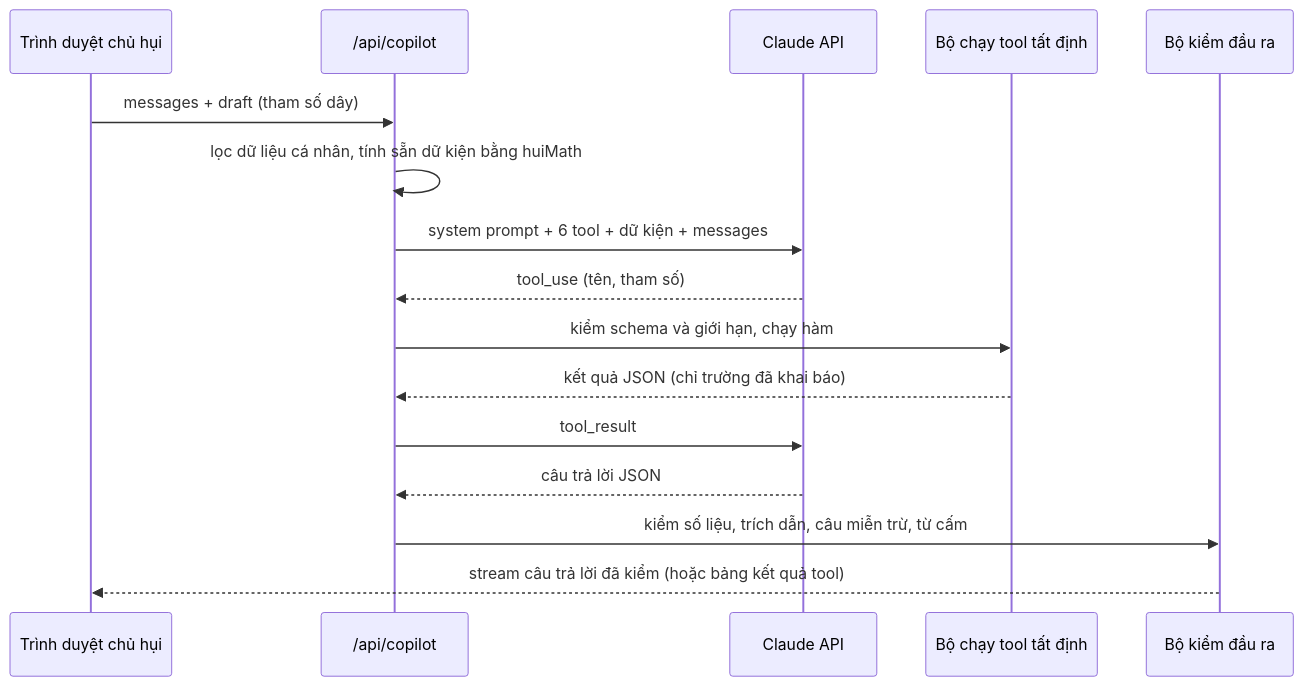
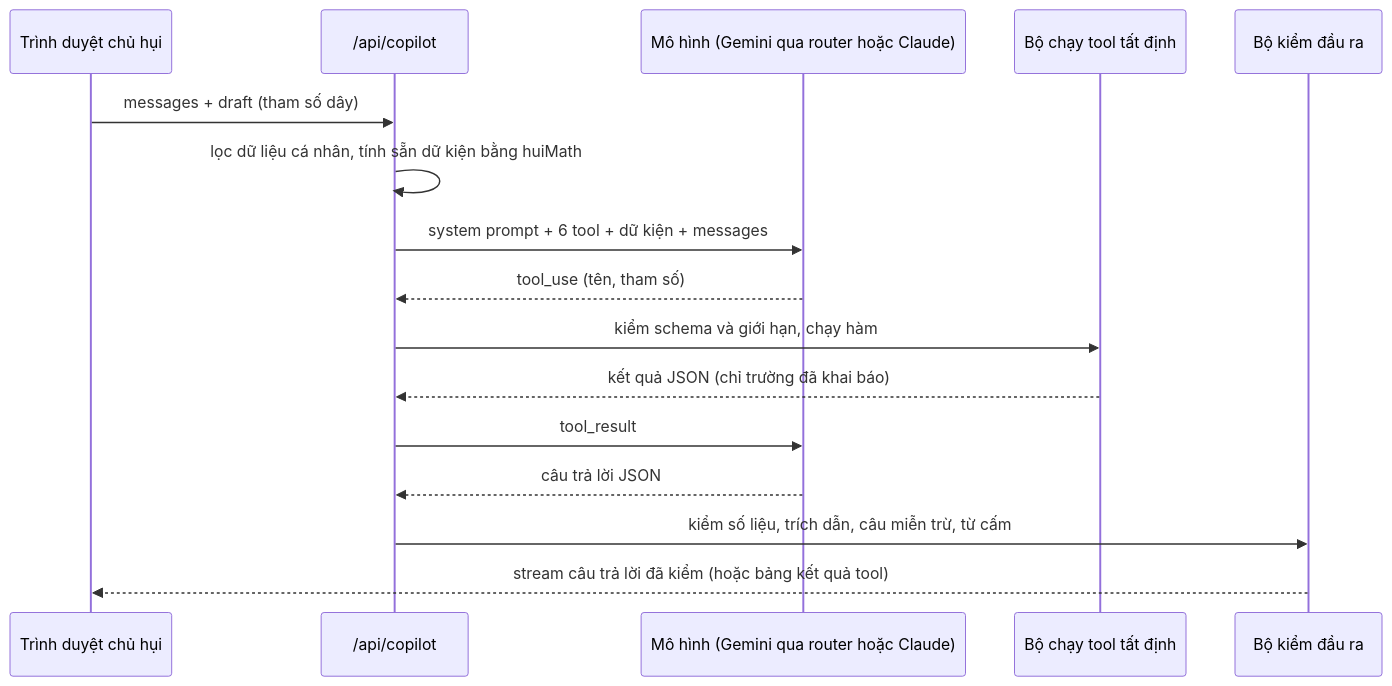
One commit to bminhnemhoi/T1VN_Unihack changed the diagram in docs/07-ai-agentic.md. Above: the diagram before and after it, drawn with Mermaid. The commit also changed other lines of this file and 23 other files, not shown here.

First line of the commit message:
feat(web): copilot provider adapter - OpenAI-compatible router (Gemini) or Anthropic, chosen by COPILOT_* env

````diff
--- a/docs/07-ai-agentic.md
+++ b/docs/07-ai-agentic.md
@@ -57,18 +57,18 @@
 ```mermaid
 sequenceDiagram
     participant U as Trình duyệt chủ hụi
     participant A as /api/copilot
-    participant M as Claude API
+    participant M as Mô hình (Gemini qua router hoặc Claude)
     participant T as Bộ chạy tool tất định
     participant V as Bộ kiểm đầu ra
     U->>A: messages + draft (tham số dây)
     A->>A: lọc dữ liệu cá nhân, tính sẵn dữ kiện bằng huiMath
     A->>M: system prompt + 6 tool + dữ kiện + messages
     M-->>A: tool_use (tên, tham số)
     A->>T: kiểm schema và giới hạn, chạy hàm
     T-->>A: kết quả JSON (chỉ trường đã khai báo)
     A->>M: tool_result
     M-->>A: câu trả lời JSON
     A->>V: kiểm số liệu, trích dẫn, câu miễn trừ, từ cấm
     V-->>U: stream câu trả lời đã kiểm (hoặc bảng kết quả tool)
 ```
````
